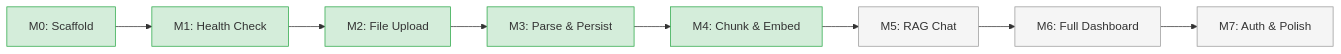
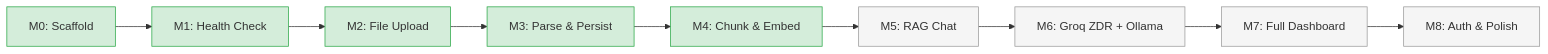
Before and after one commit to darth-dodo/ledger: the diagram in tasks.md, drawn with Mermaid. The commit also changed other lines of this file and 72 other files, not shown here.

````diff
--- a/tasks.md
+++ b/tasks.md
@@ -39,19 +40,21 @@
 ```mermaid
 graph LR
     M0[M0: Scaffold] --> M1[M1: Health Check]
     M1 --> M2[M2: File Upload]
     M2 --> M3[M3: Parse & Persist]
     M3 --> M4[M4: Chunk & Embed]
     M4 --> M5[M5: RAG Chat]
-    M5 --> M6[M6: Full Dashboard]
-    M6 --> M7[M7: Auth & Polish]
+    M5 --> M6[M6: Groq ZDR + Ollama]
+    M6 --> M7[M7: Full Dashboard]
+    M7 --> M8[M8: Auth & Polish]
 
     style M0 fill:#d4edda,stroke:#28a745
     style M1 fill:#d4edda,stroke:#28a745
     style M2 fill:#d4edda,stroke:#28a745
     style M3 fill:#d4edda,stroke:#28a745
     style M4 fill:#d4edda,stroke:#28a745
     style M5 fill:#f5f5f5,stroke:#999
     style M6 fill:#f5f5f5,stroke:#999
     style M7 fill:#f5f5f5,stroke:#999
+    style M8 fill:#f5f5f5,stroke:#999
 ```
````
